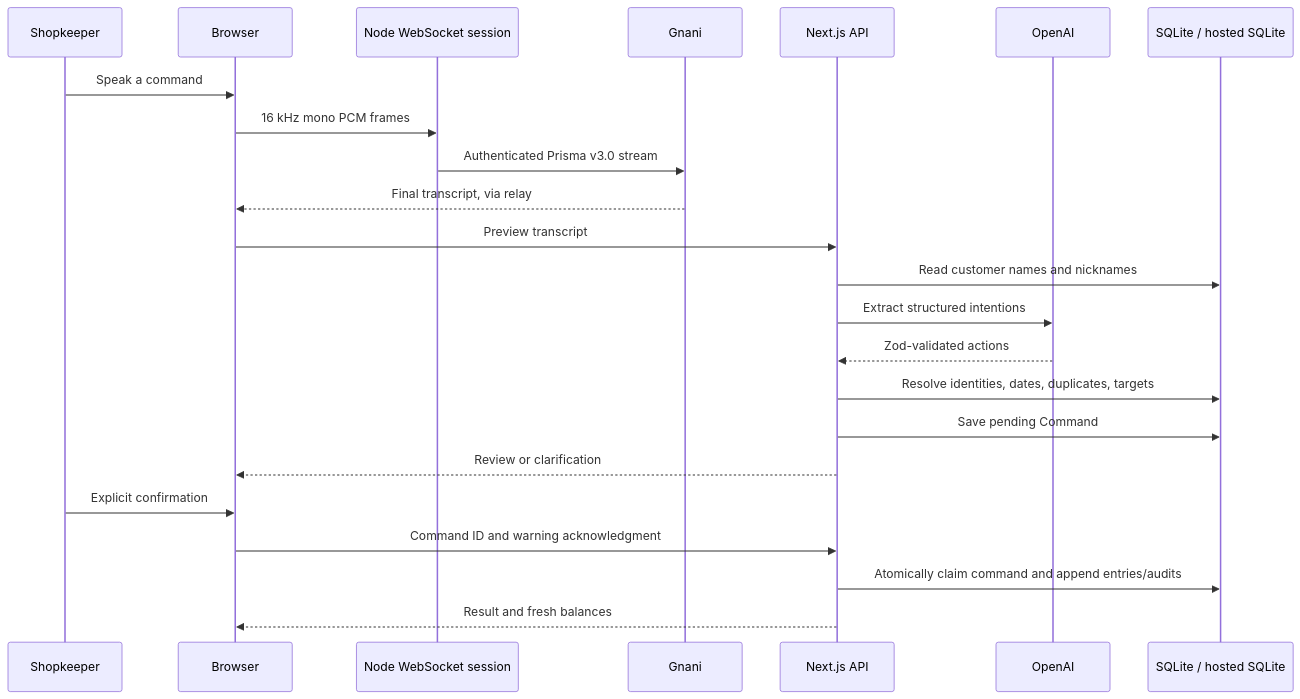
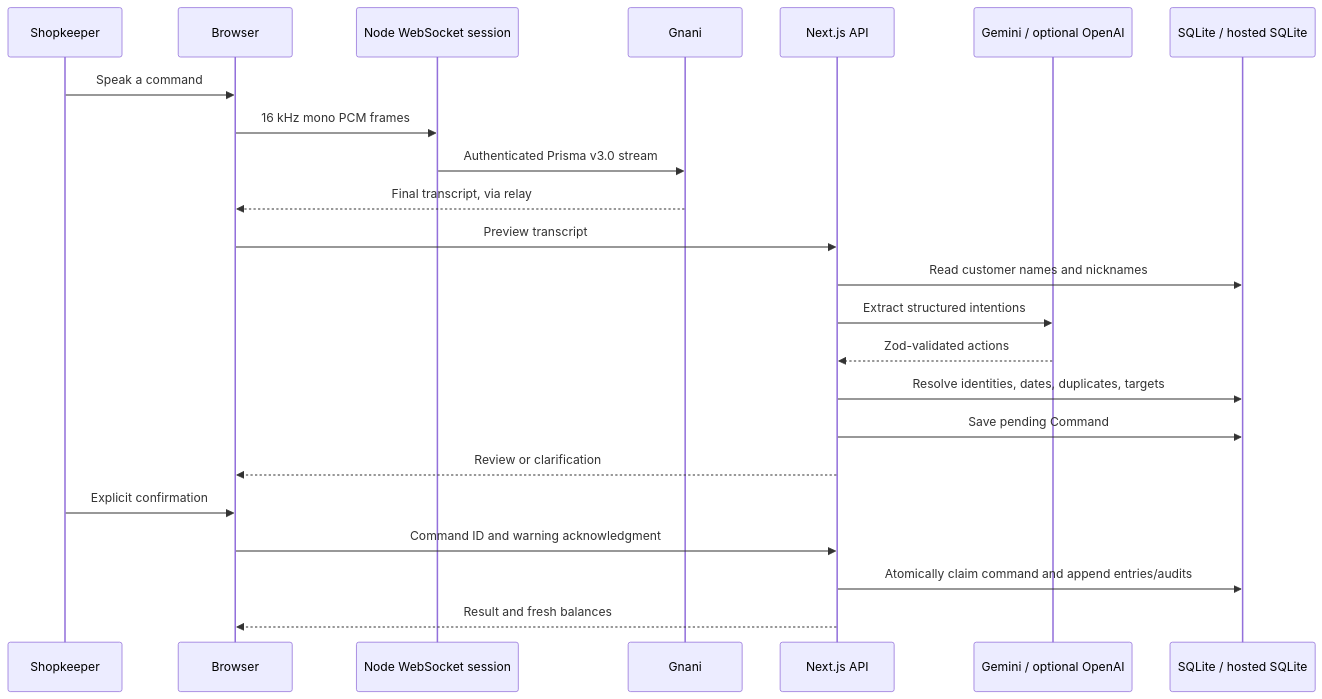
The diagram in docs/ARCHITECTURE.md (raghavg1024-stack/khatax-os), drawn with Mermaid before and after one commit. The commit also changed other lines of this file and 18 other files, not shown here.

````diff
--- a/docs/ARCHITECTURE.md
+++ b/docs/ARCHITECTURE.md
@@ -18,25 +18,25 @@
 ```mermaid
 sequenceDiagram
     participant Shopkeeper
     participant Browser
     participant Voice as Node WebSocket session
     participant Gnani
     participant API as Next.js API
-    participant LLM as OpenAI
+    participant LLM as Gemini / optional OpenAI
     participant DB as SQLite / hosted SQLite
     Shopkeeper->>Browser: Speak a command
     Browser->>Voice: 16 kHz mono PCM frames
     Voice->>Gnani: Authenticated Prisma v3.0 stream
     Gnani-->>Browser: Final transcript, via relay
     Browser->>API: Preview transcript
     API->>DB: Read customer names and nicknames
     API->>LLM: Extract structured intentions
     LLM-->>API: Zod-validated actions
     API->>DB: Resolve identities, dates, duplicates, targets
     API->>DB: Save pending Command
     API-->>Browser: Review or clarification
     Shopkeeper->>Browser: Explicit confirmation
     Browser->>API: Command ID and warning acknowledgment
     API->>DB: Atomically claim command and append entries/audits
     API-->>Browser: Result and fresh balances
 ```
````
